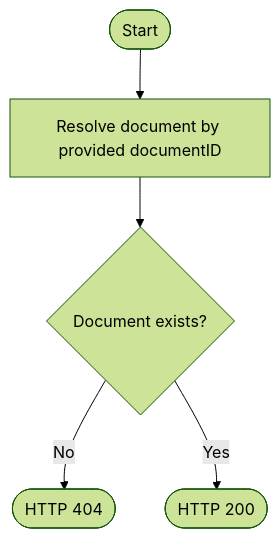
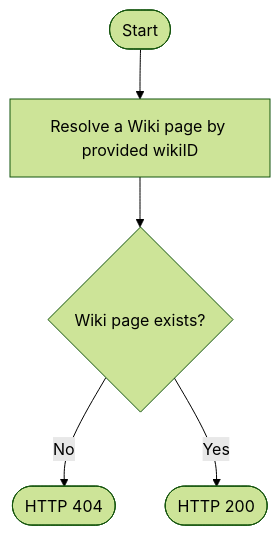
The fourth of 4 diagrams in blog/2023-03-21-concurrency-in-rest-apis/index.mdx (gran-software-solutions/blog), drawn with Mermaid (forest theme) before and after one commit. The commit also changed other lines of this file and 1 other file, not shown here.

````diff
--- a/blog/2023-03-21-concurrency-in-rest-apis/index.mdx
+++ b/blog/2023-03-21-concurrency-in-rest-apis/index.mdx
@@ -177,7 +190,7 @@
 ```mermaid
 flowchart TD
-    A([Start]) --> B[Resolve document by provided documentID]
-    B --> C{Document exists?}
+    A([Start]) --> B[Resolve a Wiki page by provided wikiID]
+    B --> C{Wiki page exists?}
     C -- No --> D([HTTP 404])
     C -- Yes --> E([HTTP 200])
 ```
````
